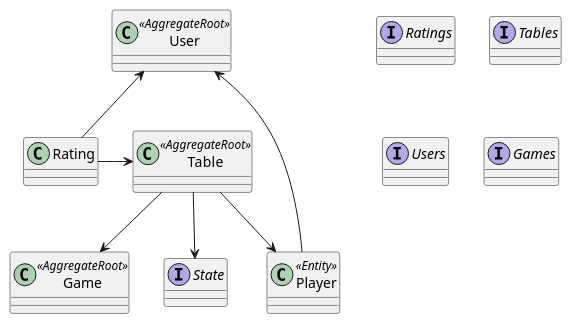
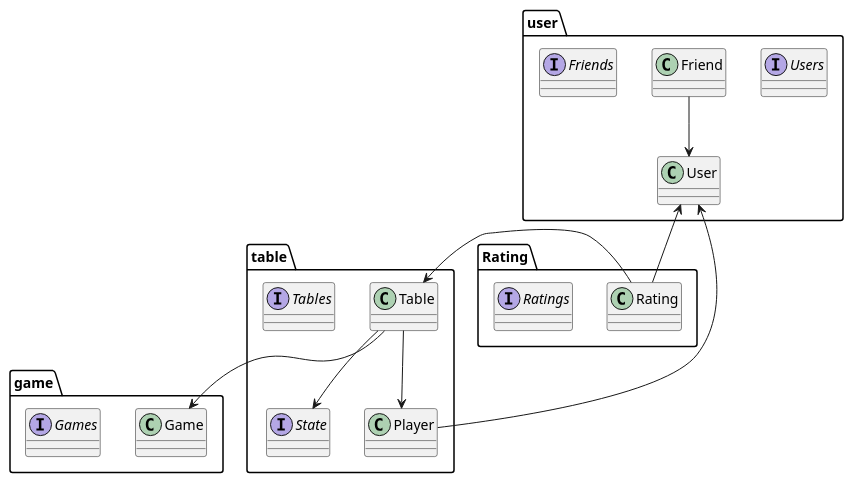
The diagram in docs/diagrams/domain.puml (tomwetjens/boardgamefiesta), drawn with PlantUML before and after one commit. The commit also changed 8 other files, not shown here.

```diff
--- a/docs/diagrams/domain.puml
+++ b/docs/diagrams/domain.puml
@@ -1,30 +1,41 @@
 @startuml
 
-class User <<AggregateRoot>>
+package user {
+    class User
+    interface Users
 
-class Table <<AggregateRoot>>
+    class Friend
+    interface Friends
+    Friend --> User
+}
 
-class Player <<Entity>>
-User <-- Player
+package game {
+    class Game
 
-class Game <<AggregateRoot>>
+    interface Games
+}
 
-class Rating
-Rating -> Table
-User <-- Rating
+package table {
+    class Table
 
-interface State
+    class Player
+    User <-- Player
 
-Table --> Game
-Table --> Player
-Table --> State
+    interface State
 
-interface Ratings
+    Table --> Game
+    Table --> Player
+    Table --> State
 
-interface Tables
+    interface Tables
+}
 
-interface Users
+package Rating {
+    class Rating
+    Rating -> Table
+    User <-- Rating
 
-interface Games
+    interface Ratings
+}
 
 @enduml
```
